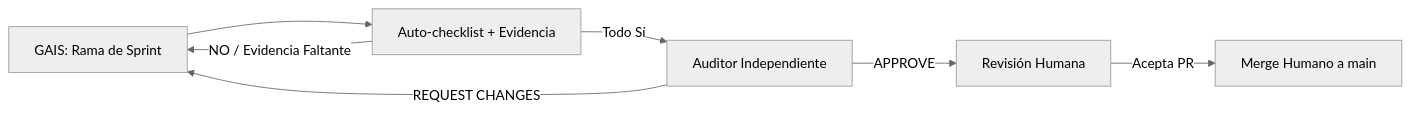
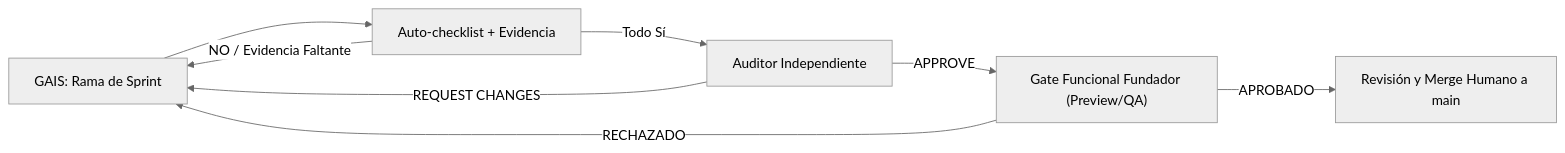
One commit to wolvesglobalsolutionsgroup-rgb/Industrial-360-App changed the diagram in docs/governance/PLAN_DEFINITIVO_UNIFICADO_IC360.md. Above: the diagram before and after it, drawn with Mermaid (neutral theme). The commit also changed other lines of this file, not shown here.

Commit message:
docs: update PLAN_DEFINITIVO_UNIFICADO_IC360.md to v1.1 including S14.6 Founder Preview/QA Access and Founder Gate

````diff
--- a/docs/governance/PLAN_DEFINITIVO_UNIFICADO_IC360.md
+++ b/docs/governance/PLAN_DEFINITIVO_UNIFICADO_IC360.md
@@ -29,9 +30,10 @@
 ```mermaid
 flowchart LR
     A["GAIS: Rama de Sprint"] --> B["Auto-checklist + Evidencia"]
     B -->|Todo Sí| C["Auditor Independiente"]
     B -->|NO / Evidencia Faltante| A
-    C -->|APPROVE| D["Revisión Humana"]
+    C -->|APPROVE| D["Gate Funcional Fundador (Preview/QA)"]
     C -->|REQUEST CHANGES| A
-    D -->|Acepta PR| E["Merge Humano a main"]
+    D -->|APROBADO| E["Revisión y Merge Humano a main"]
+    D -->|RECHAZADO| A
 ```
````
